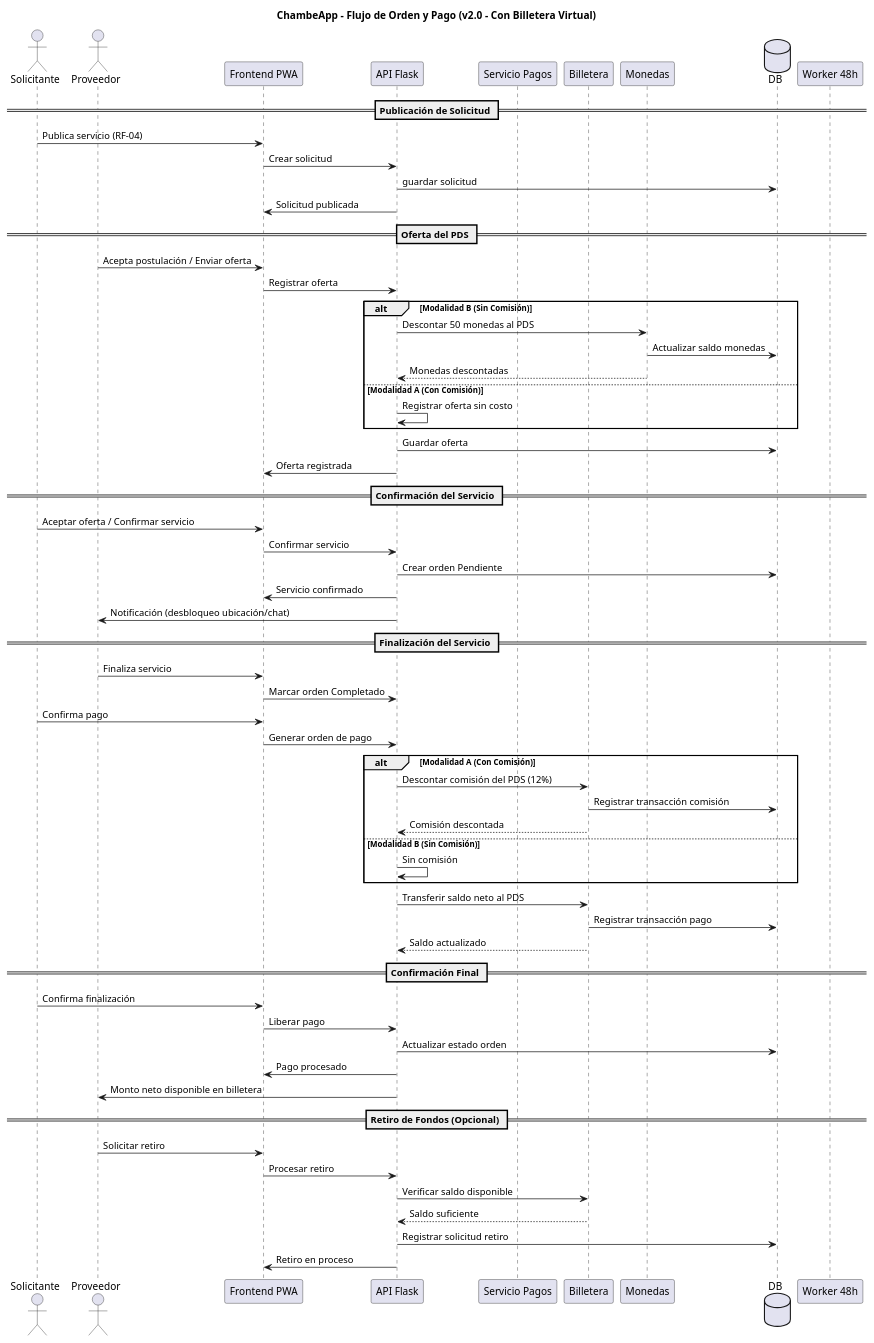
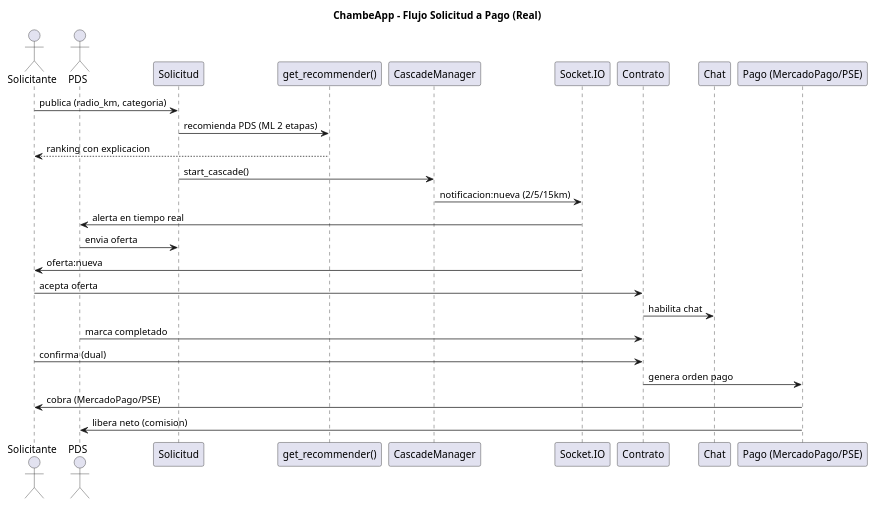
One commit to jpalacioing98/Chambeapp_Doc changed the diagram in Arquitectura/diagramas/03_flujo_orden_pago.puml. Above: the diagram before and after it, drawn with PlantUML. The commit also changed 39 other files, not shown here.

```diff
--- a/Arquitectura/diagramas/03_flujo_orden_pago.puml
+++ b/Arquitectura/diagramas/03_flujo_orden_pago.puml
@@ -1,82 +1,28 @@
 @startuml
-title ChambeApp - Flujo de Orden y Pago (v2.0 - Con Billetera Virtual)
+title ChambeApp - Flujo Solicitud a Pago (Real)
+actor Solicitante as S
+actor PDS as P
+participant "Solicitud" as SOL
+participant "get_recommender()" as REC
+participant "CascadeManager" as CAS
+participant "Socket.IO" as SIO
+participant "Contrato" as CON
+participant "Chat" as CH
+participant "Pago (MercadoPago/PSE)" as PAY
 
-actor "Solicitante" as S
-actor "Proveedor" as P
-participant "Frontend PWA" as FE
-participant "API Flask" as API
-participant "Servicio Pagos" as SP
-participant "Billetera" as WAL
-participant "Monedas" as COIN
-database "DB" as DB
-participant "Worker 48h" as WK
-
-== Publicación de Solicitud ==
-
-S -> FE : Publica servicio (RF-04)
-FE -> API : Crear solicitud
-API -> DB : guardar solicitud
-API -> FE : Solicitud publicada
-
-== Oferta del PDS ==
-
-P -> FE : Acepta postulación / Enviar oferta
-FE -> API : Registrar oferta
-
-alt Modalidad B (Sin Comisión)
-  API -> COIN : Descontar 50 monedas al PDS
-  COIN -> DB : Actualizar saldo monedas
-  COIN --> API : Monedas descontadas
-else Modalidad A (Con Comisión)
-  API -> API : Registrar oferta sin costo
-end
-
-API -> DB : Guardar oferta
-API -> FE : Oferta registrada
-
-== Confirmación del Servicio ==
-
-S -> FE : Aceptar oferta / Confirmar servicio
-FE -> API : Confirmar servicio
-API -> DB : Crear orden Pendiente
-API -> FE : Servicio confirmado
-API -> P : Notificación (desbloqueo ubicación/chat)
-
-== Finalización del Servicio ==
-
-P -> FE : Finaliza servicio
-FE -> API : Marcar orden Completado
-
-S -> FE : Confirma pago
-FE -> API : Generar orden de pago
-
-alt Modalidad A (Con Comisión)
-  API -> WAL : Descontar comisión del PDS (12%)
-  WAL -> DB : Registrar transacción comisión
-  WAL --> API : Comisión descontada
-else Modalidad B (Sin Comisión)
-  API -> API : Sin comisión
-end
-
-API -> WAL : Transferir saldo neto al PDS
-WAL -> DB : Registrar transacción pago
-WAL --> API : Saldo actualizado
-
-== Confirmación Final ==
-
-S -> FE : Confirma finalización
-FE -> API : Liberar pago
-API -> DB : Actualizar estado orden
-API -> FE : Pago procesado
-API -> P : Monto neto disponible en billetera
-
-== Retiro de Fondos (Opcional) ==
-
-P -> FE : Solicitar retiro
-FE -> API : Procesar retiro
-API -> WAL : Verificar saldo disponible
-WAL --> API : Saldo suficiente
-API -> DB : Registrar solicitud retiro
-API -> FE : Retiro en proceso
-
+S -> SOL : publica (radio_km, categoria)
+SOL -> REC : recomienda PDS (ML 2 etapas)
+REC --> S : ranking con explicacion
+SOL -> CAS : start_cascade()
+CAS -> SIO : notificacion:nueva (2/5/15km)
+SIO -> P : alerta en tiempo real
+P -> SOL : envia oferta
+SIO -> S : oferta:nueva
+S -> CON : acepta oferta
+CON -> CH : habilita chat
+P -> CON : marca completado
+S -> CON : confirma (dual)
+CON -> PAY : genera orden pago
+PAY -> S : cobra (MercadoPago/PSE)
+PAY -> P : libera neto (comision)
 @enduml
```
